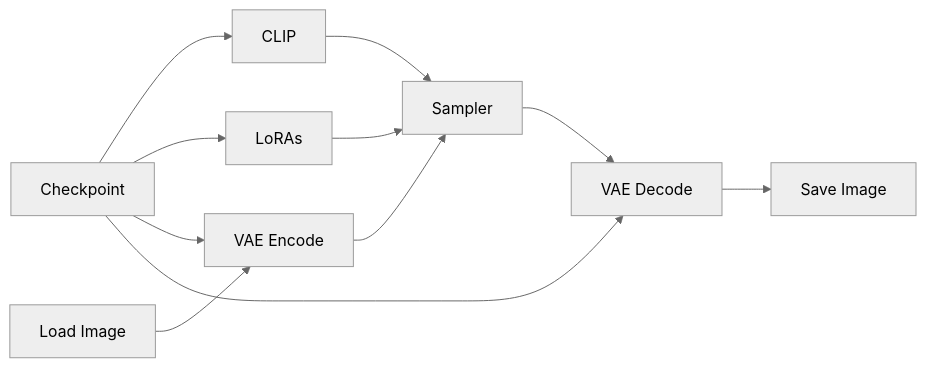
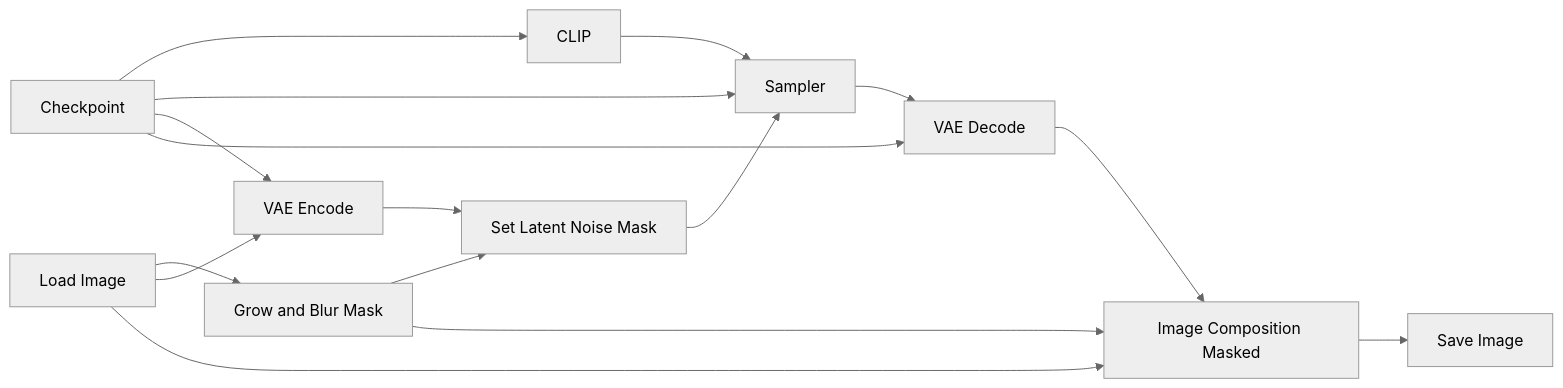
The diagram in ComfyUI/Guide-ComfyUI-Inpainting.md (felipebottega/AI-Audiovisual-Lab), drawn with Mermaid (neutral theme) before and after one commit. The commit also changed other lines of this file, not shown here.

````diff
--- a/ComfyUI/Guide-ComfyUI-Inpainting.md
+++ b/ComfyUI/Guide-ComfyUI-Inpainting.md
@@ -9,11 +11,13 @@
 ```mermaid
 flowchart LR
-    A[Checkpoint] --> B[CLIP]
-    B --> D
-    A --> C[LoRAs] --> D[Sampler]
-    E[Load Image] --> F[VAE Encode]
-    D --> G[VAE Decode] --> H[Save Image]
-    F --> D
+    A[Checkpoint] --> B[CLIP] --> C[Sampler]
+    D[Load Image] --> E[Grow and Blur Mask] --> G
+    D --> F[VAE Encode] --> G[Set Latent Noise Mask] --> C
+    H[VAE Decode] --> I[Image Composition Masked] --> J[Save Image]
+    E --> I
+    D --> I
+    A --> C
     A --> F
-    A --> G
+    A --> H
+    C --> H
 ```
````
